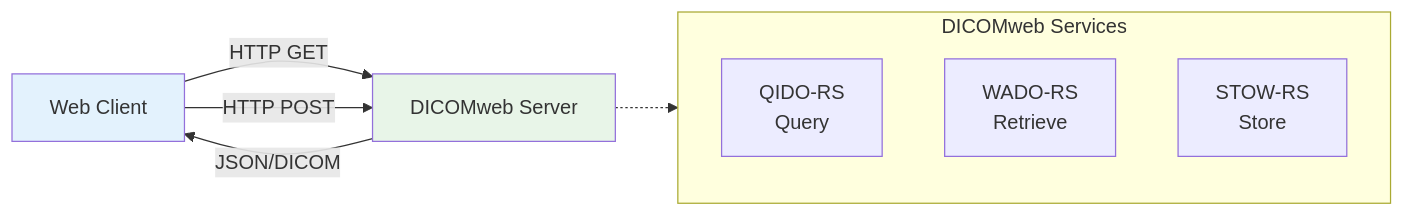
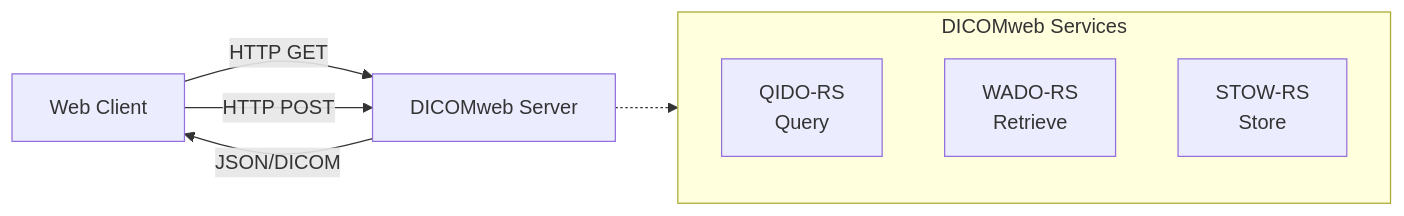
The first of 2 diagrams in docs/technical-overview.md (openradx/adit), drawn with Mermaid before and after one commit. The commit also changed 3 other files, not shown here.

Commit message:
Remove Mermaid configuration and styles from documentation

````diff
--- a/docs/technical-overview.md
+++ b/docs/technical-overview.md
@@ -26,17 +26,16 @@
 ```mermaid
 flowchart LR
     A[Web Client] -->|HTTP GET| B[DICOMweb Server]
     B -->|JSON/DICOM| A
     A -->|HTTP POST| B
 
     subgraph Services["DICOMweb Services"]
         C[QIDO-RS<br/>Query]
         D[WADO-RS<br/>Retrieve]
         E[STOW-RS<br/>Store]
     end
 
     B -.-> Services
 
-    style A fill:#e3f2fd
-    style B fill:#e8f5e8
+
 ```
````
